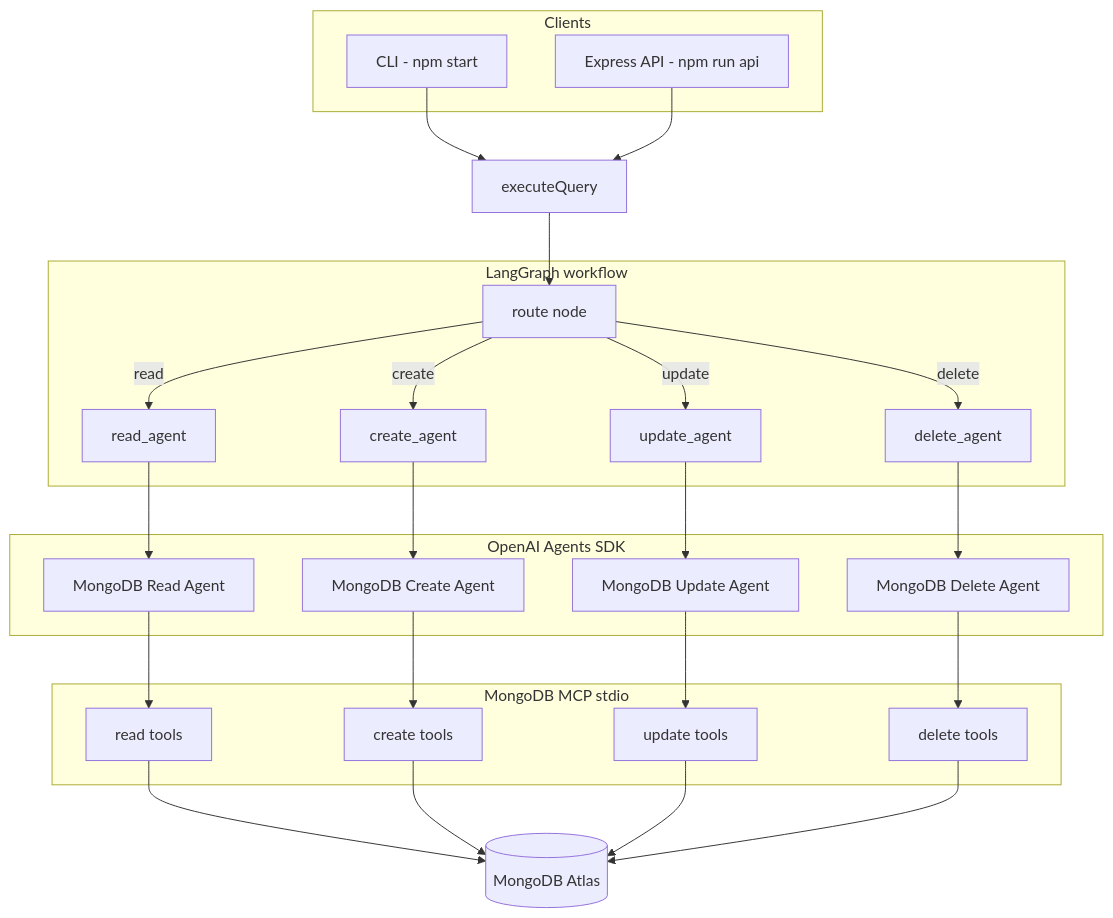
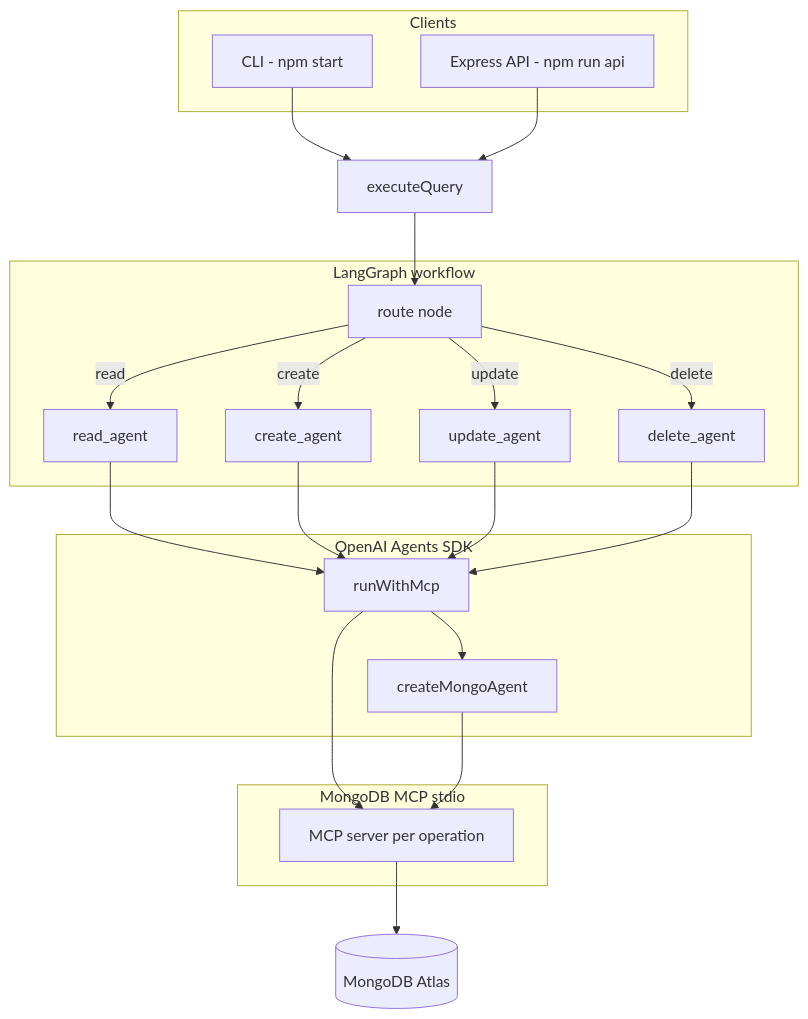
The first of 2 diagrams in README.md (tansenkhan1990/MCP_TYEPSCRIPT_MONGODB_LANGGRAPH_OPENAI_AGENT), drawn with Mermaid before and after one commit. The commit also changed other lines of this file and 27 other files, not shown here.

````diff
--- a/README.md
+++ b/README.md
@@ -64,48 +65,42 @@
 ```mermaid
 flowchart TB
   subgraph clients [Clients]
     CLI[CLI - npm start]
     API[Express API - npm run api]
   end
 
   subgraph workflow [LangGraph workflow]
     Route[route node]
     ReadN[read_agent]
     CreateN[create_agent]
     UpdateN[update_agent]
     DeleteN[delete_agent]
     Route -->|read| ReadN
     Route -->|create| CreateN
     Route -->|update| UpdateN
     Route -->|delete| DeleteN
   end
 
   subgraph agents [OpenAI Agents SDK]
-    RA[MongoDB Read Agent]
-    CA[MongoDB Create Agent]
-    UA[MongoDB Update Agent]
-    DA[MongoDB Delete Agent]
+    Factory[createMongoAgent]
+    RunMCP[runWithMcp]
   end
 
   subgraph mcp [MongoDB MCP stdio]
-    MCPRead[read tools]
-    MCPCreate[create tools]
-    MCPUpdate[update tools]
-    MCPDelete[delete tools]
+    MCP[MCP server per operation]
   end
 
   Atlas[(MongoDB Atlas)]
 
   CLI --> executeQuery
   API --> executeQuery
   executeQuery --> Route
-  ReadN --> RA
-  CreateN --> CA
-  UpdateN --> UA
-  DeleteN --> DA
-  RA --> MCPRead
-  CA --> MCPCreate
-  UA --> MCPUpdate
-  DA --> MCPDelete
-  MCPRead & MCPCreate & MCPUpdate & MCPDelete --> Atlas
+  ReadN --> RunMCP
+  CreateN --> RunMCP
+  UpdateN --> RunMCP
+  DeleteN --> RunMCP
+  RunMCP --> Factory
+  RunMCP --> MCP
+  Factory --> MCP
+  MCP --> Atlas
 ```
````
